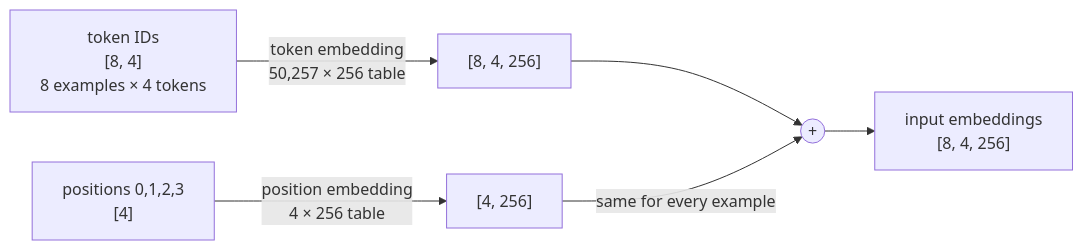
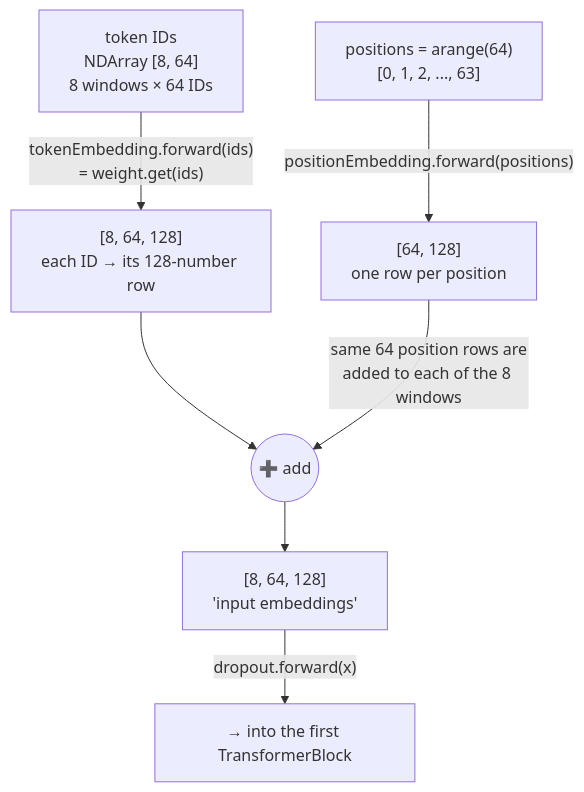
One commit to Ranjeet0611/tinygpt changed the seventh of 11 diagrams in docs/03-embeddings.md. Above: the diagram before and after it, drawn with Mermaid. The commit also changed other lines of this file and 9 other files, not shown here.

````diff
--- a/docs/03-embeddings.md
+++ b/docs/03-embeddings.md
@@ -75,8 +158,9 @@
 ```mermaid
-flowchart LR
-    A["token IDs<br/>[8, 4]<br/>8 examples × 4 tokens"] -->|"token embedding<br/>50,257 × 256 table"| B["[8, 4, 256]"]
-    P["positions 0,1,2,3<br/>[4]"] -->|"position embedding<br/>4 × 256 table"| Q["[4, 256]"]
-    B --> S(("+"))
-    Q -->|"same for every example"| S
-    S --> R["input embeddings<br/>[8, 4, 256]"]
+flowchart TD
+    IDS["token IDs<br/>NDArray [8, 64]<br/>8 windows × 64 IDs"] -->|"tokenEmbedding.forward(ids)<br/>= weight.get(ids)"| TE["[8, 64, 128]<br/>each ID → its 128-number row"]
+    POS["positions = arange(64)<br/>[0, 1, 2, ..., 63]"] -->|"positionEmbedding.forward(positions)"| PE["[64, 128]<br/>one row per position"]
+    TE --> ADD(("➕ add"))
+    PE -->|"same 64 position rows are<br/>added to each of the 8 windows"| ADD
+    ADD --> X["[8, 64, 128]<br/>'input embeddings'"]
+    X -->|"dropout.forward(x)"| OUT["→ into the first TransformerBlock"]
 ```
````
